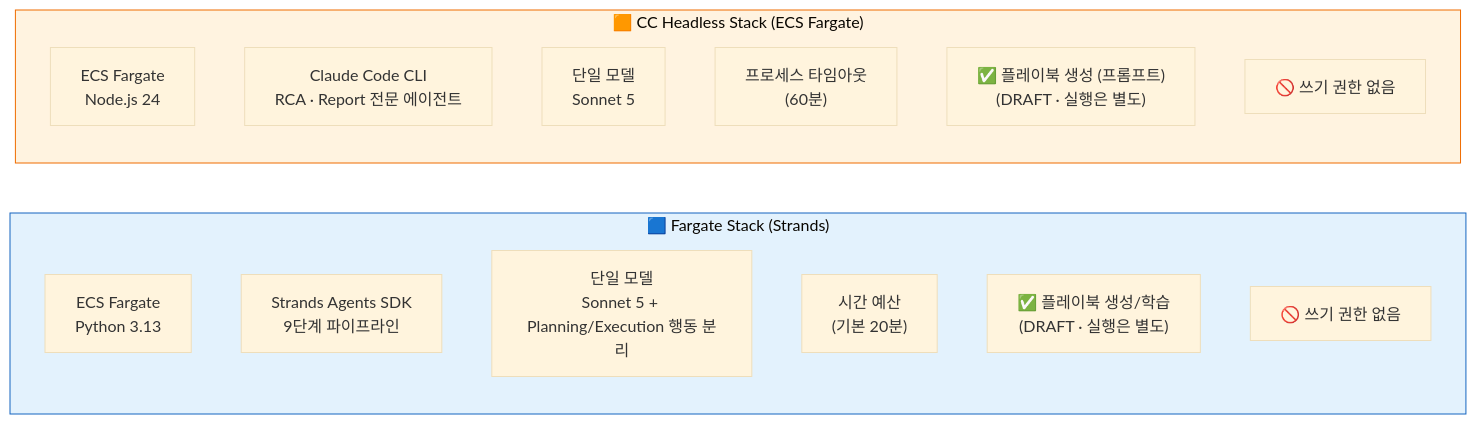
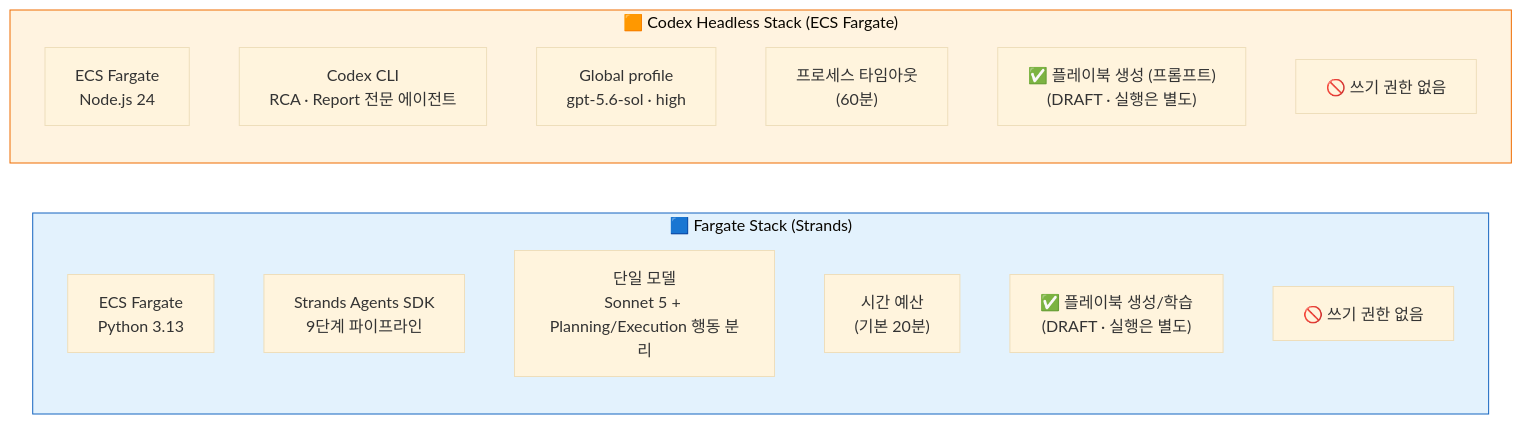
The fifth of 25 diagrams in docs/system-guide-for-ops.md (haandol/rca-agent), drawn with Mermaid (base theme) before and after one commit. The commit also changed other lines of this file and 306 other files, not shown here.

Commit message:
feat: replace headless CC with Codex on Bedrock

````diff
--- a/docs/system-guide-for-ops.md
+++ b/docs/system-guide-for-ops.md
@@ -320,25 +320,25 @@
 ```mermaid
 graph LR
     subgraph Fargate["🟦 Fargate Stack (Strands)"]
         direction TB
         F_ENV["ECS Fargate<br/>Python 3.13"]
         F_SDK["Strands Agents SDK<br/>9단계 파이프라인"]
         F_MODEL["단일 모델<br/>Sonnet 5 + Planning/Execution 행동 분리"]
         F_TIME["시간 예산<br/>(기본 20분)"]
         F_PLAY["✅ 플레이북 생성/학습<br/>(DRAFT · 실행은 별도)"]
         F_WRITE["🚫 쓰기 권한 없음"]
     end
 
-    subgraph CcStack["🟧 CC Headless Stack (ECS Fargate)"]
+    subgraph CcStack["🟧 Codex Headless Stack (ECS Fargate)"]
         direction TB
         L_ENV["ECS Fargate<br/>Node.js 24"]
-        L_SDK["Claude Code CLI<br/>RCA · Report 전문 에이전트"]
-        L_MODEL["단일 모델<br/>Sonnet 5"]
+        L_SDK["Codex CLI<br/>RCA · Report 전문 에이전트"]
+        L_MODEL["Global profile<br/>gpt-5.6-sol · high"]
         L_TIME["프로세스 타임아웃<br/>(60분)"]
         L_PLAY["✅ 플레이북 생성 (프롬프트)<br/>(DRAFT · 실행은 별도)"]
         L_WRITE["🚫 쓰기 권한 없음"]
     end
 
     style Fargate fill:#e3f2fd,stroke:#1565c0
     style CcStack fill:#fff3e0,stroke:#ef6c00
 ```
````
